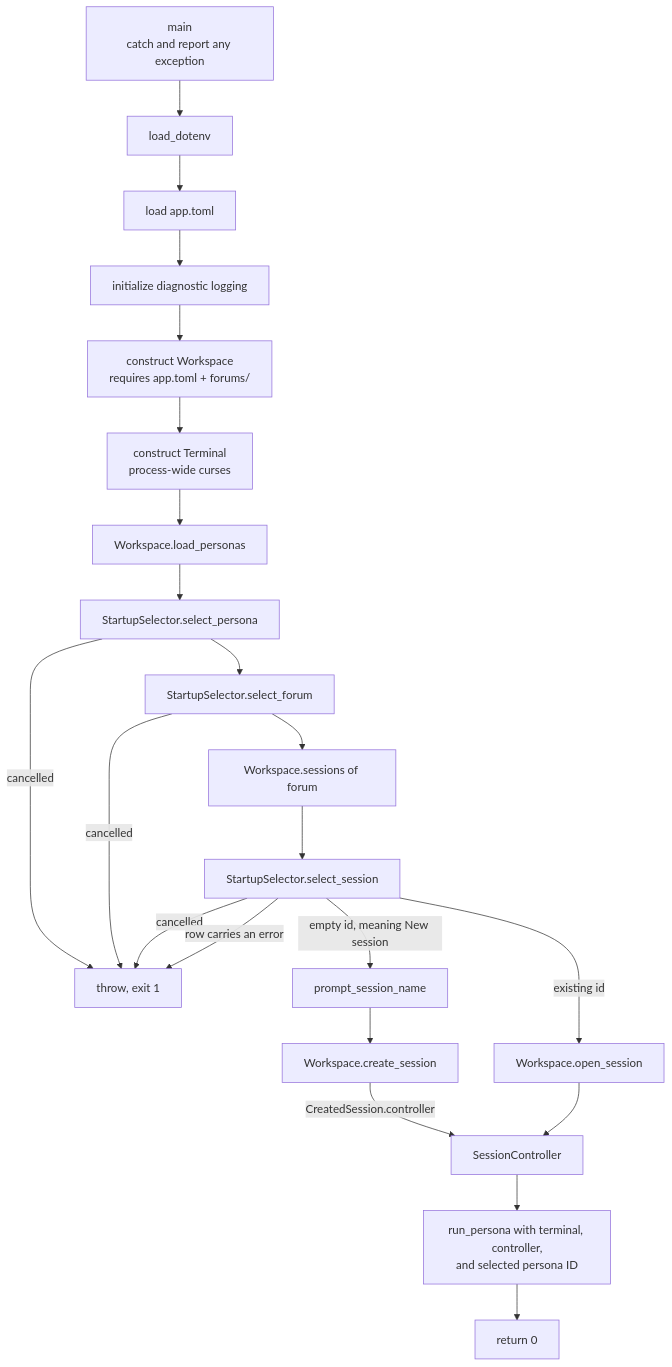
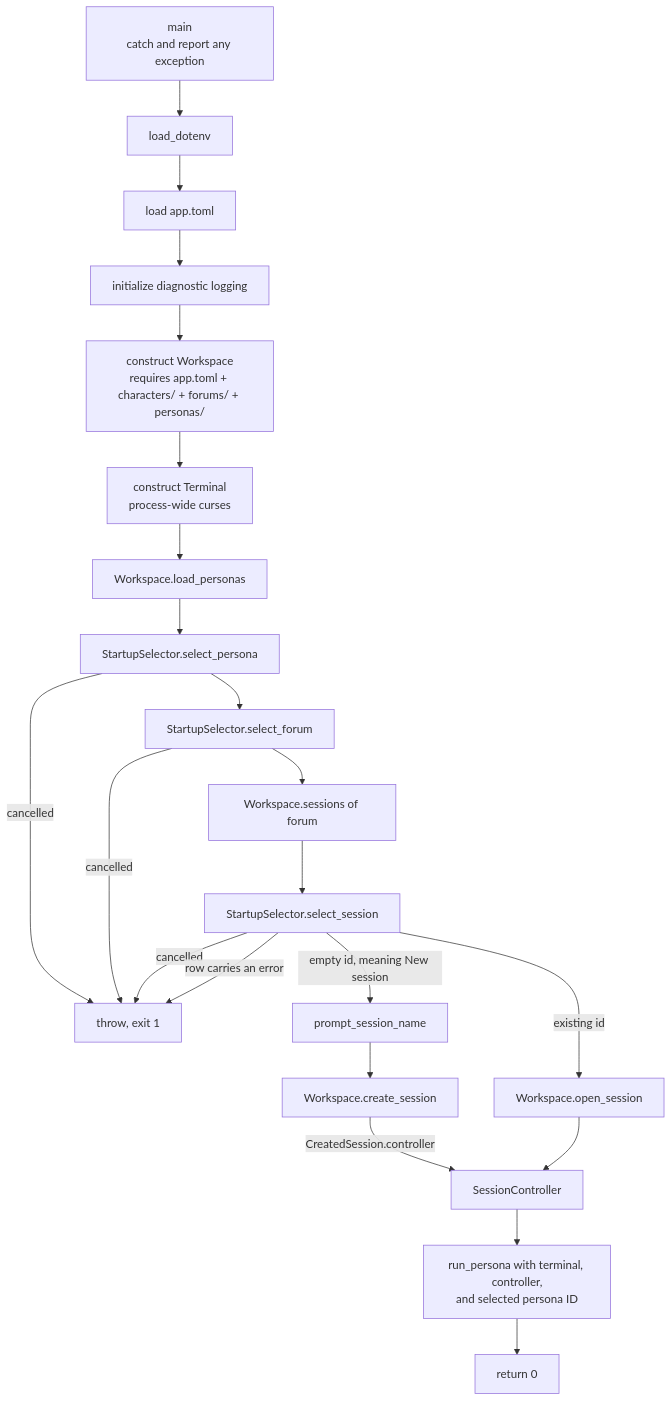
The diagram in src/apps/README.md (michaelpopov/cha), drawn with Mermaid before and after one commit. The commit also changed 8 other files, not shown here.

````diff
--- a/src/apps/README.md
+++ b/src/apps/README.md
@@ -17,24 +17,24 @@
 ```mermaid
 flowchart TD
     a["main<br/>catch and report any exception"] --> b["load_dotenv"]
     b --> config["load app.toml"]
     config --> log["initialize diagnostic logging"]
-    log --> c["construct Workspace<br/>requires app.toml + forums/"]
+    log --> c["construct Workspace<br/>requires app.toml + characters/ + forums/ + personas/"]
     c --> d["construct Terminal<br/>process-wide curses"]
     d --> personas["Workspace.load_personas"]
     personas --> e["StartupSelector.select_persona"]
     e -->|"cancelled"| x["throw, exit 1"]
     e --> forum["StartupSelector.select_forum"]
     forum -->|"cancelled"| x
     forum --> f["Workspace.sessions of forum"]
     f --> g["StartupSelector.select_session"]
     g -->|"cancelled"| x
     g -->|"row carries an error"| x
     g -->|"empty id, meaning New session"| h["prompt_session_name"]
     h --> i["Workspace.create_session"]
     g -->|"existing id"| j["Workspace.open_session"]
     i -->|"CreatedSession.controller"| k["SessionController"]
     j --> k
     k --> l["run_persona with terminal, controller,<br/>and selected persona ID"]
     l --> m["return 0"]
 ```
````
